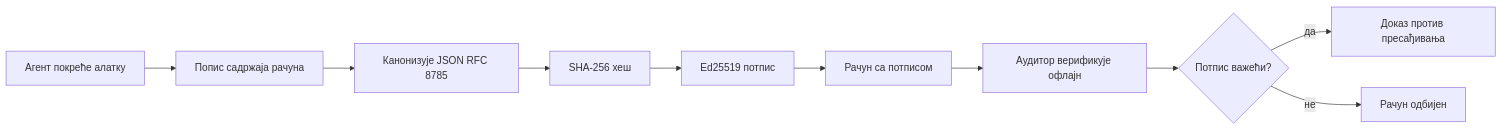
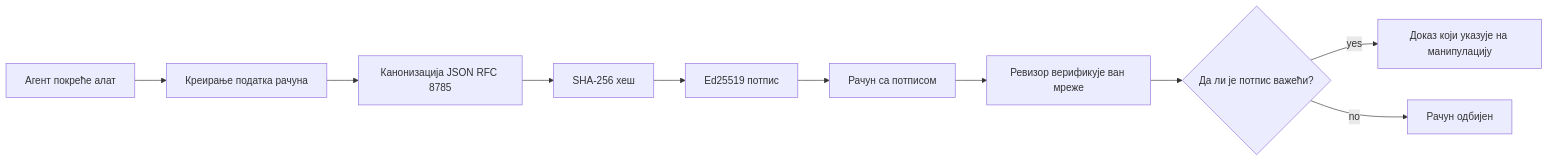
The first of 2 diagrams in translations/sr/18-securing-ai-agents/README.md (microsoft/ai-agents-for-beginners), drawn with Mermaid before and after one commit. The commit also changed other lines of this file and 223 other files, not shown here.

````diff
--- a/translations/sr/18-securing-ai-agents/README.md
+++ b/translations/sr/18-securing-ai-agents/README.md
@@ -51,12 +51,12 @@
 ```mermaid
 flowchart LR
-    A[Агент покреће алатку] --> B[Попис садржаја рачуна]
-    B --> C[Канонизује JSON RFC 8785]
+    A[Агент покреће алат] --> B[Креирање податка рачуна]
+    B --> C[Канонизација JSON RFC 8785]
     C --> D[SHA-256 хеш]
-    D --> E[Еd25519 потпис]
+    D --> E[Ed25519 потпис]
     E --> F[Рачун са потписом]
-    F --> G[Аудитор верификује офлајн]
-    G --> H{Потпис важећи?}
-    H -- да --> I[Доказ против пресађивања]
-    H -- не --> J[Рачун одбијен]
+    F --> G[Ревизор верификује ван мреже]
+    G --> H{Да ли је потпис важећи?}
+    H -- yes --> I[Доказ који указује на манипулацију]
+    H -- no --> J[Рачун одбијен]
 ```
````
